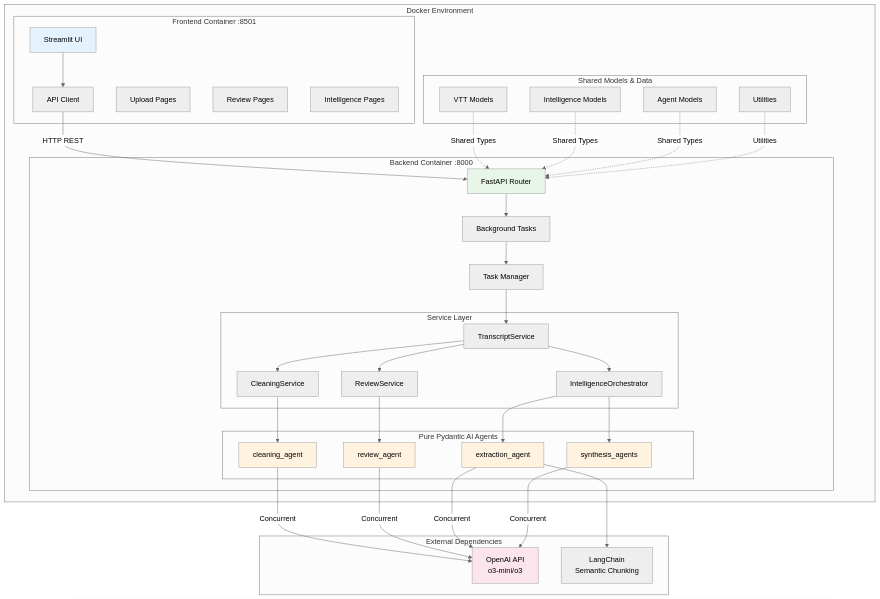
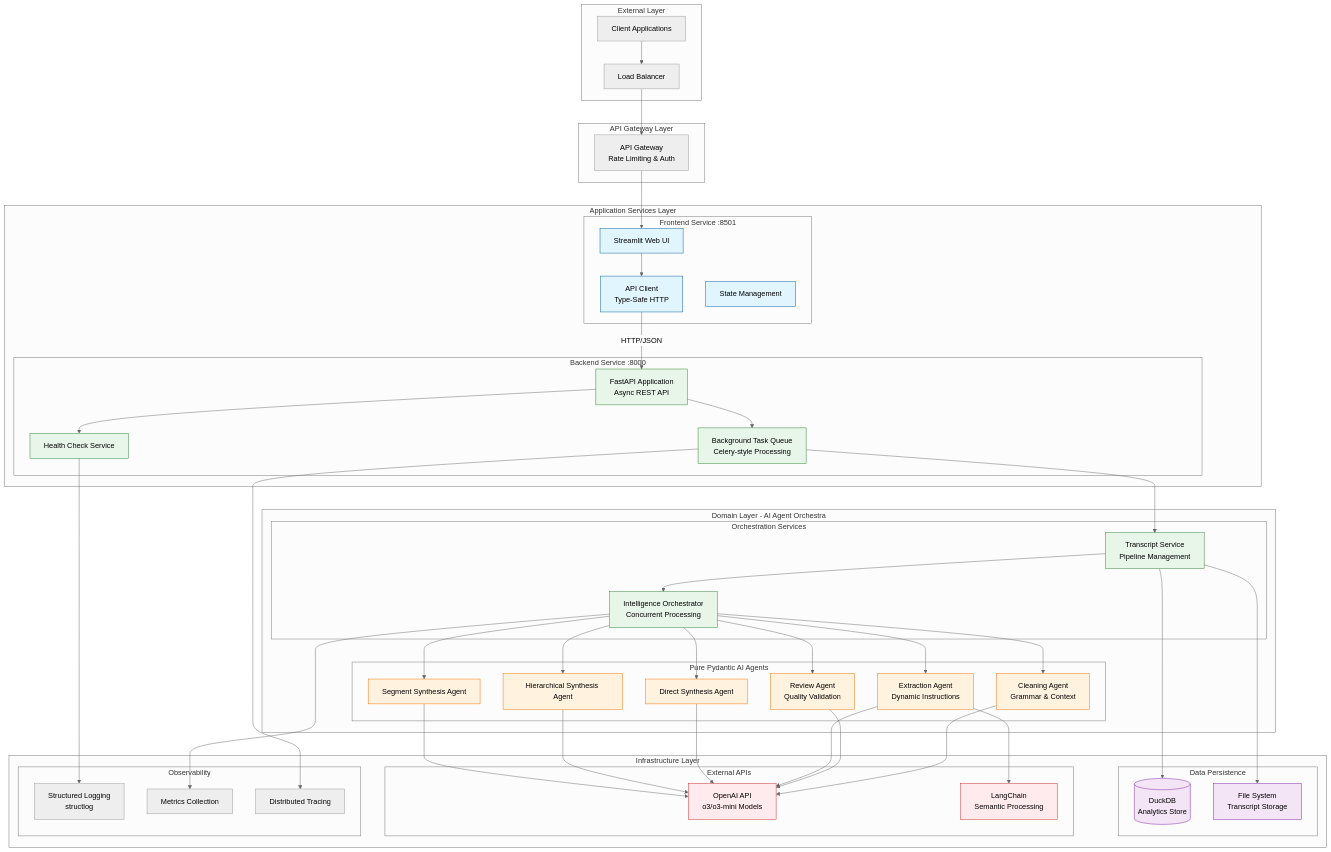
The first of 2 diagrams in README.md (denim-bluu/meeting_transcripts_cleaner), drawn with Mermaid (neutral theme) before and after one commit. The commit also changed other lines of this file and 6 other files, not shown here.

````diff
--- a/README.md
+++ b/README.md
@@ -101,83 +85,110 @@
 ```mermaid
 graph TB
-    subgraph "Docker Environment"
-        subgraph "Frontend Container :8501"
-            UI[Streamlit UI]
-            AC[API Client]
-            UP[Upload Pages]
-            RP[Review Pages] 
-            IP[Intelligence Pages]
+    subgraph "External Layer"
+        UI[Client Applications]
+        LB[Load Balancer]
+    end
+
+    subgraph "API Gateway Layer"
+        GW[API Gateway<br/>Rate Limiting & Auth]
+    end
+
+    subgraph "Application Services Layer"
+        subgraph "Frontend Service :8501"
+            SF[Streamlit Web UI]
+            AC[API Client<br/>Type-Safe HTTP]
+            SM[State Management]
         end
-        
-        subgraph "Backend Container :8000"
-            API[FastAPI Router]
-            BT[Background Tasks]
-            TM[Task Manager]
-            subgraph "Pure Pydantic AI Agents"
-                CA[cleaning_agent]
-                RA[review_agent]
-                EA[extraction_agent]
-                SA[synthesis_agents]
-            end
-            subgraph "Service Layer"
-                TS[TranscriptService]
-                IO[IntelligenceOrchestrator]
-                CS[CleaningService]
-                RS[ReviewService]
-            end
-        end
-        
-        subgraph "Shared Models & Data"
-            VM[VTT Models]
-            IM[Intelligence Models]
-            AM[Agent Models]
-            UT[Utilities]
+
+        subgraph "Backend Service :8000"
+            FA[FastAPI Application<br/>Async REST API]
+            BT[Background Task Queue<br/>Celery-style Processing]
+            HC[Health Check Service]
         end
     end
-    
-    subgraph "External Dependencies"
-        OAI[OpenAI API<br/>o3-mini/o3]
-        LC[LangChain<br/>Semantic Chunking]
+
+    subgraph "Domain Layer - AI Agent Orchestra"
+        subgraph "Pure Pydantic AI Agents"
+            CA[Cleaning Agent<br/>Grammar & Context]
+            RA[Review Agent<br/>Quality Validation]
+            EA[Extraction Agent<br/>Dynamic Instructions]
+            DSA[Direct Synthesis Agent]
+            HSA[Hierarchical Synthesis Agent]
+            SSA[Segment Synthesis Agent]
+        end
+
+        subgraph "Orchestration Services"
+            IO[Intelligence Orchestrator<br/>Concurrent Processing]
+            TS[Transcript Service<br/>Pipeline Management]
+        end
     end
-    
-    %% UI Flow
-    UI --> AC
-    AC -->|HTTP REST| API
-    
-    %% Backend Processing
-    API --> BT
-    BT --> TM
-    TM --> TS
-    TS --> CS
-    TS --> RS
+
+    subgraph "Infrastructure Layer"
+        subgraph "Data Persistence"
+            DD[(DuckDB<br/>Analytics Store)]
+            FS[File System<br/>Transcript Storage]
+        end
+
+        subgraph "External APIs"
+            OAI[OpenAI API<br/>o3/o3-mini Models]
+            LC[LangChain<br/>Semantic Processing]
+        end
+
+        subgraph "Observability"
+            LOG[Structured Logging<br/>structlog]
+            MET[Metrics Collection]
+            TRC[Distributed Tracing]
+        end
+    end
+
+    %% User flow
+    UI --> LB
+    LB --> GW
+    GW --> SF
+    SF --> AC
+    AC -->|HTTP/JSON| FA
+
+    %% Backend processing flow
+    FA --> BT
+    BT --> TS
     TS --> IO
-    
-    %% Agent Orchestration  
-    CS --> CA
-    RS --> RA
+
+    %% Agent orchestration
+    IO --> CA
+    IO --> RA
     IO --> EA
-    IO --> SA
-    
-    %% External Calls
-    CA -->|Concurrent| OAI
-    RA -->|Concurrent| OAI
-    EA -->|Concurrent| OAI
-    SA -->|Concurrent| OAI
-    
+    IO --> DSA
+    IO --> HSA
+    IO --> SSA
+
+    %% Data flow
+    CA --> OAI
+    RA --> OAI
+    EA --> OAI
+    DSA --> OAI
+    HSA --> OAI
+    SSA --> OAI
+
     EA --> LC
-    
-    %% Data Models
-    VM -.->|Shared Types| API
-    IM -.->|Shared Types| API
-    AM -.->|Shared Types| API
-    UT -.->|Utilities| API
-    
+    TS --> DD
+    TS --> FS
+
+    %% Health and monitoring
+    FA --> HC
+    HC --> LOG
+    IO --> MET
+    BT --> TRC
+
     %% Styling
-    style UI fill:#e3f2fd
-    style API fill:#e8f5e9
-    style CA fill:#fff3e0
-    style RA fill:#fff3e0
-    style EA fill:#fff3e0
-    style SA fill:#fff3e0
-    style OAI fill:#fce4ec
+    classDef frontend fill:#e1f5fe,stroke:#01579b,color:#000
+    classDef backend fill:#e8f5e9,stroke:#2e7d32,color:#000
+    classDef agents fill:#fff3e0,stroke:#ef6c00,color:#000
+    classDef data fill:#f3e5f5,stroke:#7b1fa2,color:#000
+    classDef external fill:#ffebee,stroke:#c62828,color:#000
+
+    class SF,AC,SM frontend
+    class FA,BT,HC,IO,TS backend
+    class CA,RA,EA,DSA,HSA,SSA agents
+    class DD,FS data
+    class OAI,LC external
 ```
````
